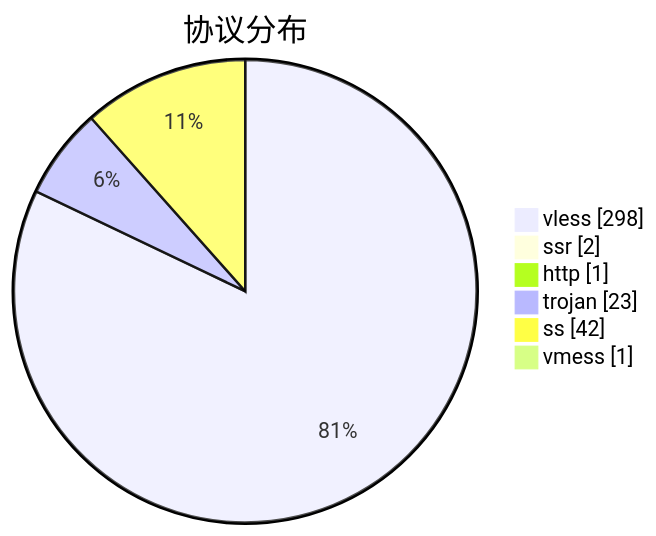
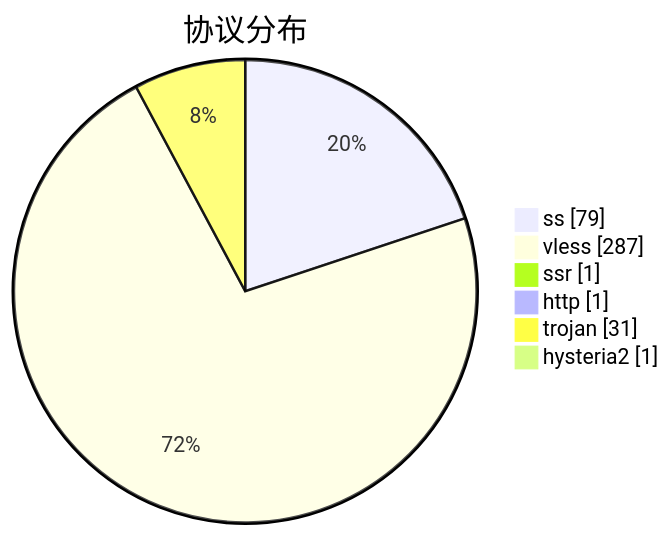
Before and after one commit to qjlxg/airport: the third of 3 diagrams in subs/statistics/tested_within.md, drawn with Mermaid. The commit also changed other lines of this file and 2 other files, not shown here.

````diff
--- a/subs/statistics/tested_within.md
+++ b/subs/statistics/tested_within.md
@@ -33,10 +32,10 @@
 ```mermaid
 pie showData
 title 协议分布
-"vless" : 298
-"ssr" : 2
+"ss" : 79
+"vless" : 287
+"ssr" : 1
 "http" : 1
-"trojan" : 23
-"ss" : 42
-"vmess" : 1
+"trojan" : 31
+"hysteria2" : 1
 ```
````
